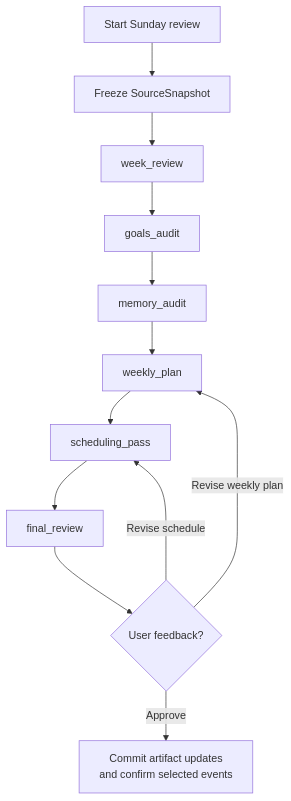
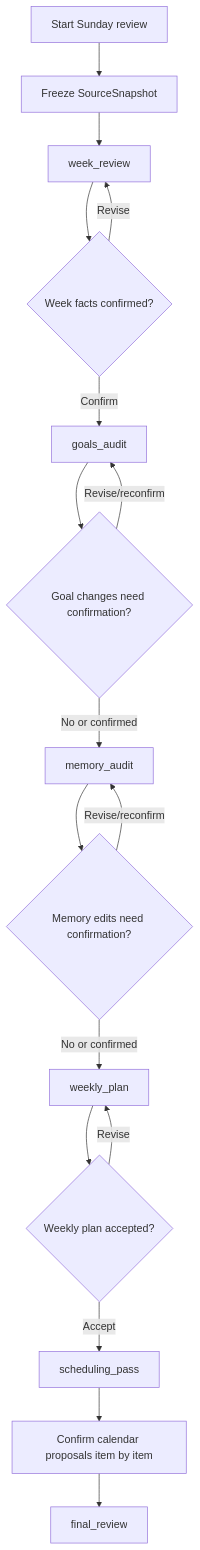
The third of 4 diagrams in ARCHITECTURE.md (isaachuahy/david), drawn with Mermaid before and after one commit. The commit also changed other lines of this file and 7 other files, not shown here.

Commit message:
Refactor first stage weekly review to require confirmation. Enhance Sunday review workflow with gated stages and user confirmations.

````diff
--- a/ARCHITECTURE.md
+++ b/ARCHITECTURE.md
@@ -96,16 +103,19 @@
 ```mermaid
 flowchart TD
     A["Start Sunday review"] --> B["Freeze SourceSnapshot"]
     B --> C["week_review"]
-    C --> D["goals_audit"]
-    D --> E["memory_audit"]
-    E --> F["weekly_plan"]
-    F --> G["scheduling_pass"]
-    G --> H["final_review"]
-    H --> I{"User feedback?"}
-
-    I -- "Revise weekly plan" --> F
-    I -- "Revise schedule" --> G
-    I -- "Approve" --> J["Commit artifact updates
-    and confirm selected events"]
+    C --> C1{"Week facts confirmed?"}
+    C1 -- "Revise" --> C
+    C1 -- "Confirm" --> D["goals_audit"]
+    D --> D1{"Goal changes need confirmation?"}
+    D1 -- "Revise/reconfirm" --> D
+    D1 -- "No or confirmed" --> E["memory_audit"]
+    E --> E1{"Memory edits need confirmation?"}
+    E1 -- "Revise/reconfirm" --> E
+    E1 -- "No or confirmed" --> F["weekly_plan"]
+    F --> P{"Weekly plan accepted?"}
+    P -- "Revise" --> F
+    P -- "Accept" --> G["scheduling_pass"]
+    G --> I["Confirm calendar proposals item by item"]
+    I --> H["final_review"]
 ```
````
